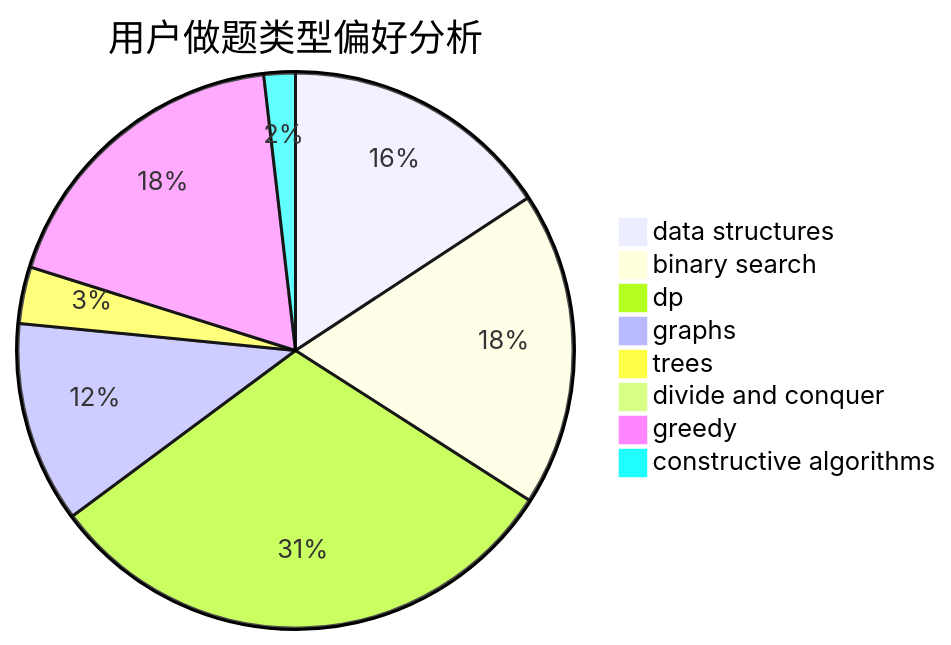
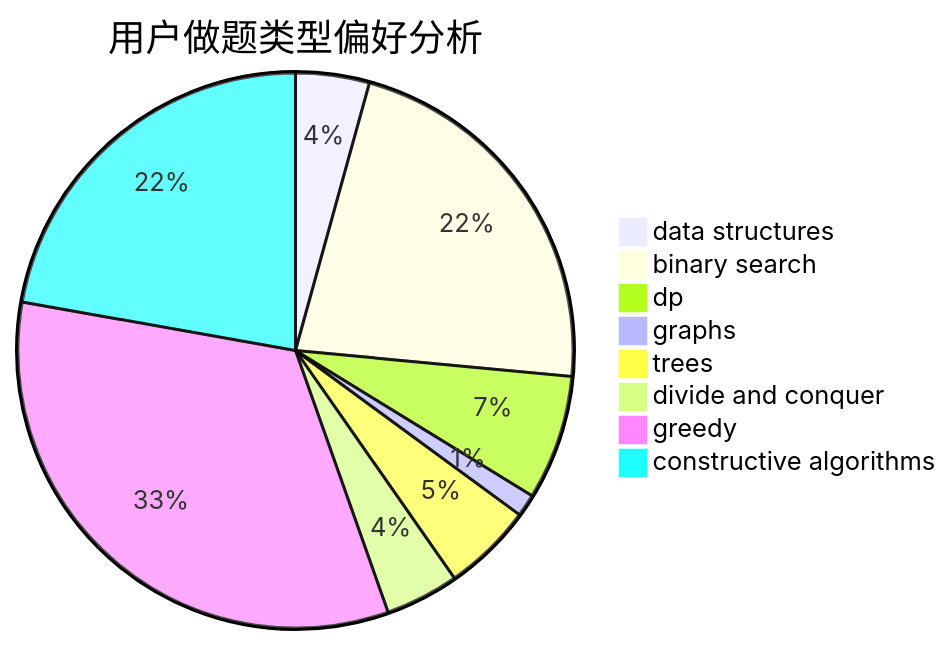
The second of 3 diagrams in docs/user/u315.md (sherpahu/cfrs.github.io), drawn with Mermaid before and after one commit. The commit also changed other lines of this file and 2770 other files, not shown here.

````diff
--- a/docs/user/u315.md
+++ b/docs/user/u315.md
@@ -23,11 +23,11 @@
 ```mermaid
 pie title 用户做题类型偏好分析
-    "data structures" :  43
-    "binary search" :  50
-    "dp" :  84
-    "graphs" :  32
-    "trees" :  9
-    "divide and conquer" :  0
-    "greedy" :  50
-    "constructive algorithms" :  5
+    "data structures" :  23
+    "binary search" :  119
+    "dp" :  39
+    "graphs" :  7
+    "trees" :  28
+    "divide and conquer" :  23
+    "greedy" :  178
+    "constructive algorithms" :  119
 ```
````
